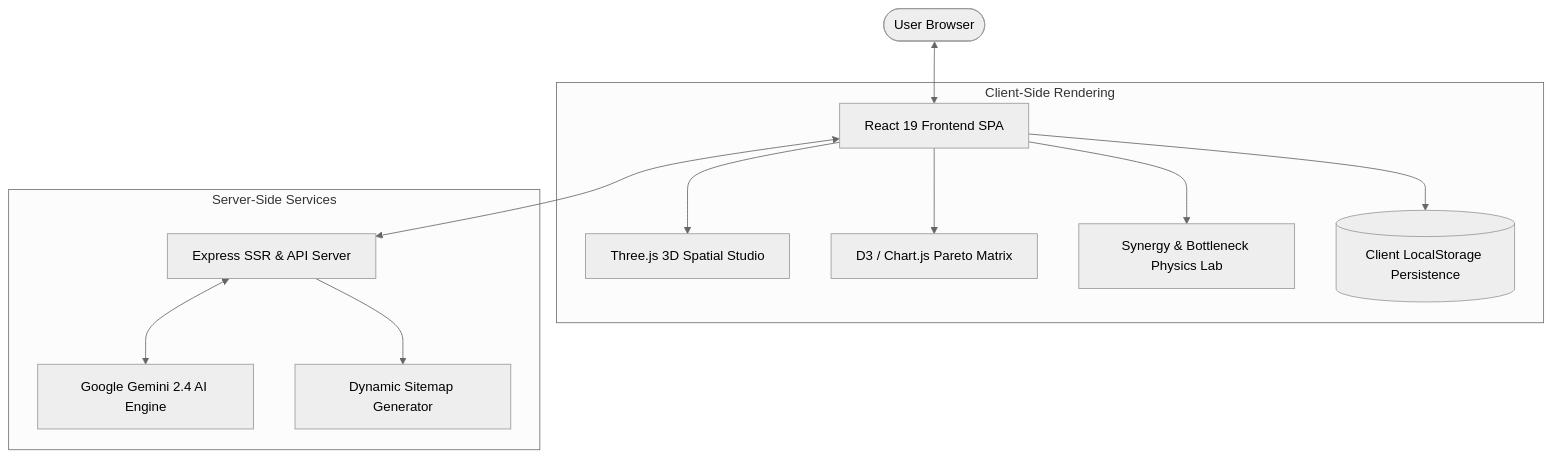
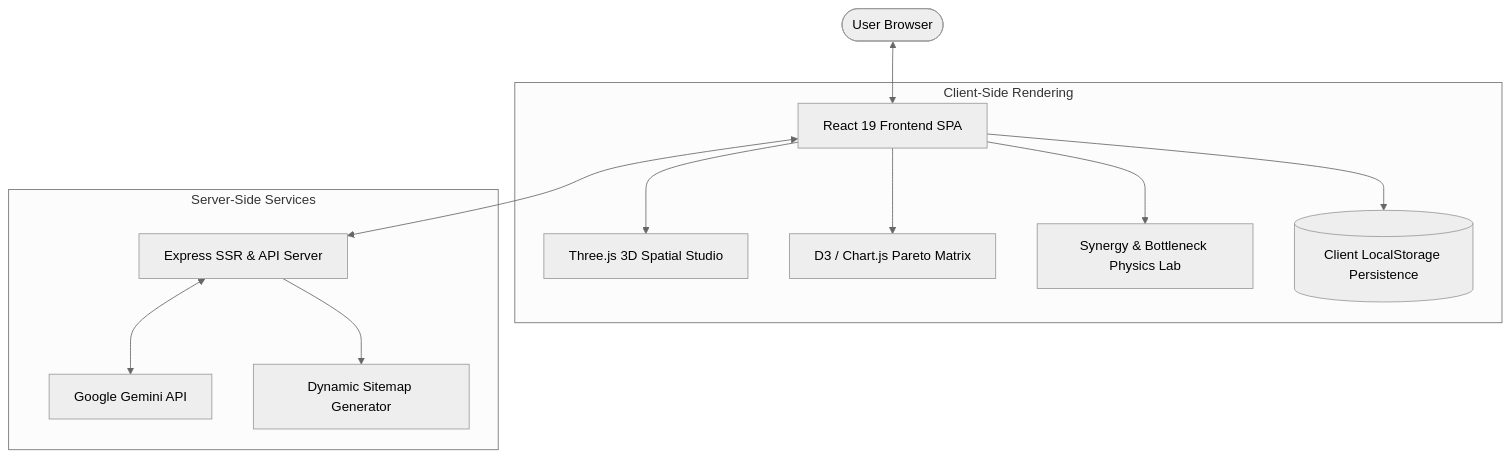
One commit to theflighttechofficial/RigForge changed the diagram in README.md. Above: the diagram before and after it, drawn with Mermaid (neutral theme). The commit also changed other lines of this file and 7 other files, not shown here.

````diff
--- a/README.md
+++ b/README.md
@@ -141,17 +117,17 @@
 ```mermaid
 graph TD
     User([User Browser]) <--> ReactApp[React 19 Frontend SPA]
     
     subgraph Client-Side Rendering
         ReactApp --> Spatial3D[Three.js 3D Spatial Studio]
         ReactApp --> MatrixEngine[D3 / Chart.js Pareto Matrix]
         ReactApp --> PhysicsSim[Synergy & Bottleneck Physics Lab]
         ReactApp --> LocalStorage[(Client LocalStorage Persistence)]
     end
     
     subgraph Server-Side Services
         ReactApp <--> ExpressServer[Express SSR & API Server]
-        ExpressServer <--> GeminiAPI[Google Gemini 2.4 AI Engine]
+        ExpressServer <--> GeminiAPI[Google Gemini API]
         ExpressServer --> SitemapGen[Dynamic Sitemap Generator]
     end
 ```
````
